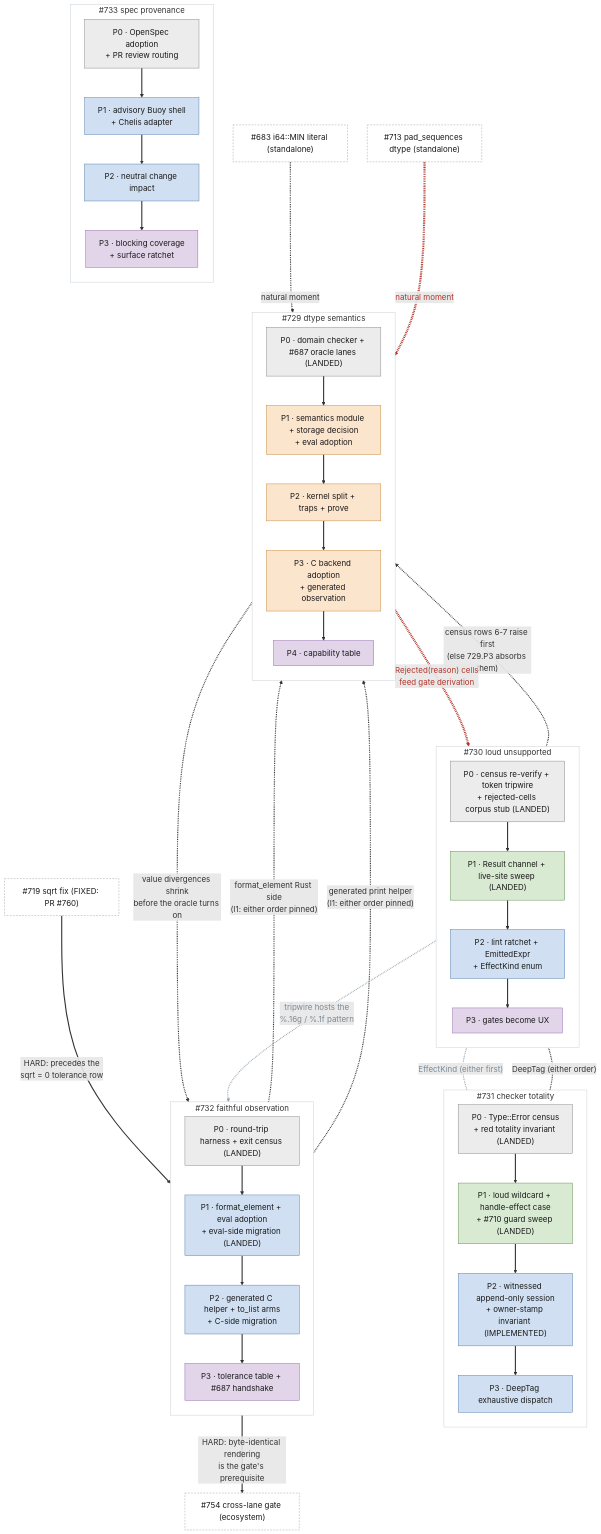
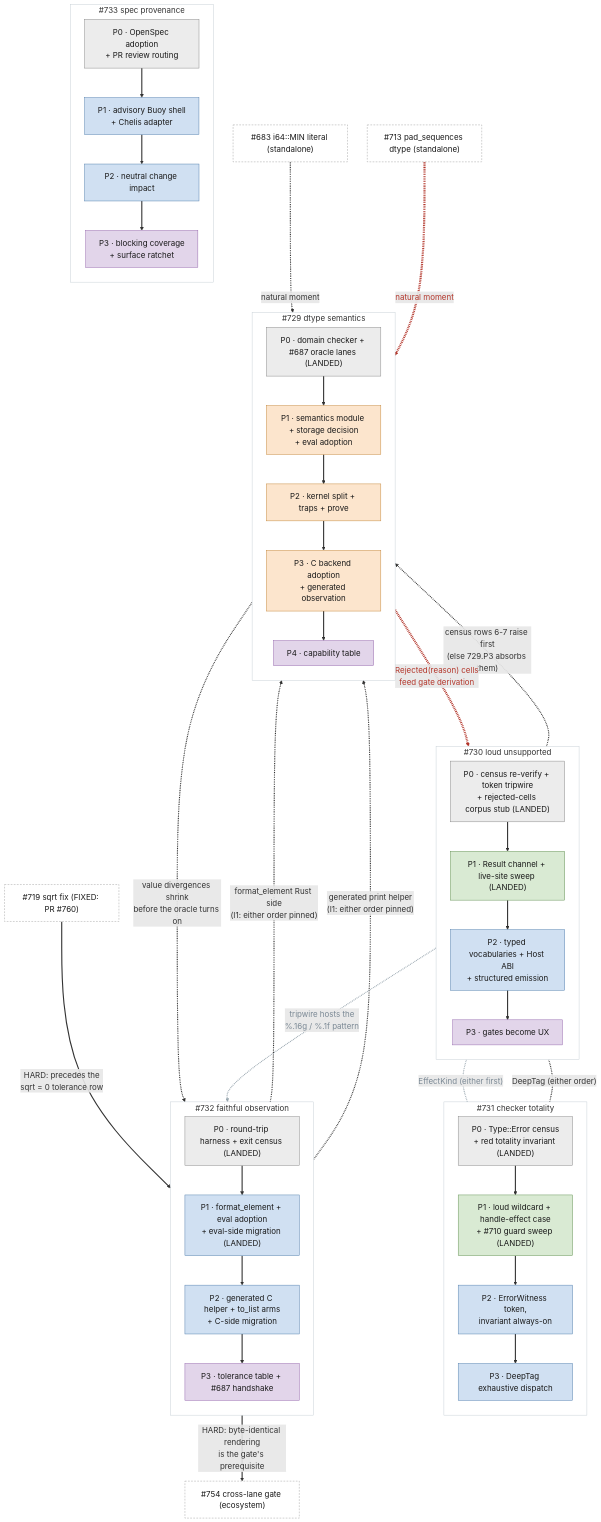
The diagram in spec/design/remediation_roadmap.md (Chelis-Lang/chelis), drawn with Mermaid before and after one commit. The commit also changed other lines of this file and 96 other files, not shown here.

First line of the commit message:
chelis#730 Phase 2: typed vocabularies, Host ABI, structured emission (#799)

```diff
--- a/spec/design/remediation_roadmap.md
+++ b/spec/design/remediation_roadmap.md
@@ -153,7 +156,7 @@
     direction TB
     n730p0["P0 · census re-verify + token tripwire<br/>+ rejected-cells corpus stub (LANDED)"]:::w0
     n730p1["P1 · Result channel + live-site sweep (LANDED)"]:::w1
-    n730p2["P2 · lint ratchet + EmittedExpr<br/>+ EffectKind enum"]:::w2
+    n730p2["P2 · typed vocabularies + Host ABI<br/>+ structured emission"]:::w2
     n730p3["P3 · gates become UX"]:::w4
     n730p0 --> n730p1 --> n730p2 --> n730p3
   end
@@ -162,7 +165,7 @@
     direction TB
     n731p0["P0 · Type::Error census<br/>+ red totality invariant (LANDED)"]:::w0
     n731p1["P1 · loud wildcard + handle-effect case<br/>+ #710 guard sweep (LANDED)"]:::w1
-    n731p2["P2 · witnessed append-only session<br/>+ owner-stamp invariant (IMPLEMENTED)"]:::w2
+    n731p2["P2 · ErrorWitness token,<br/>invariant always-on"]:::w2
     n731p3["P3 · DeepTag exhaustive dispatch"]:::w2
     n731p0 --> n731p1 --> n731p2 --> n731p3
   end
```
